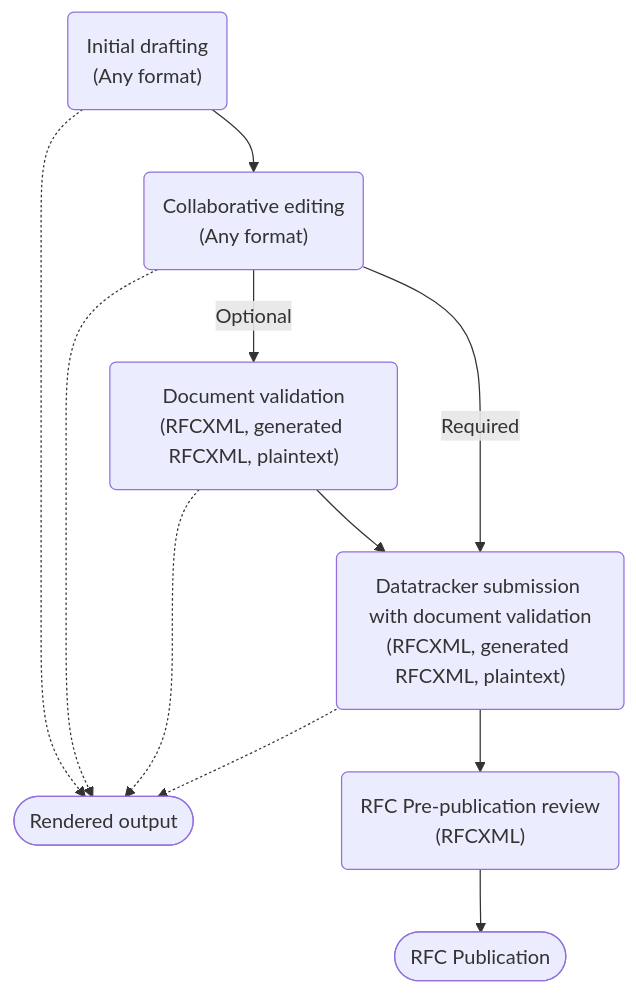
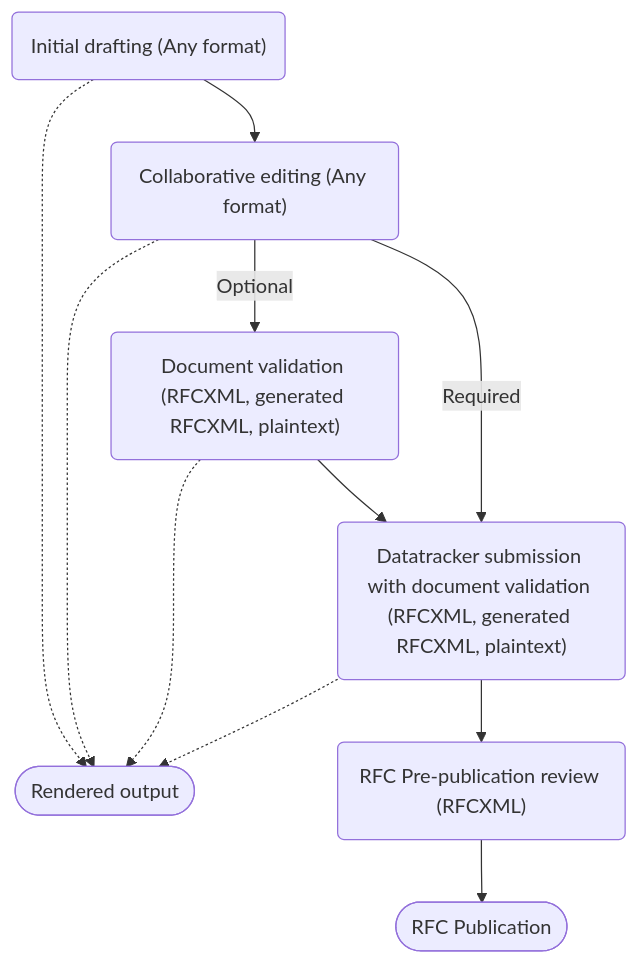
One commit to ietf/authors.ietf.org changed the diagram in choosing-a-format-and-tools.md. Above: the diagram before and after it, drawn with Mermaid. The commit also changed other lines of this file, not shown here.

Commit message:
docs: update choosing-a-format-and-tools

````diff
--- a/choosing-a-format-and-tools.md
+++ b/choosing-a-format-and-tools.md
@@ -26,13 +26,13 @@
 ```mermaid
 graph TD  
-  A("Initial drafting<br/>(Any format)") --> B("Collaborative editing<br/>(Any format)")
+  A("Initial drafting (Any format)") --> B("Collaborative editing (Any format)")
   A -.-> D
   B -.-> D
-  B -- Optional --> C("Document validation<br/>(RFCXML, generated RFCXML, plaintext)")
+  B -- Optional --> C("Document validation (RFCXML, generated RFCXML, plaintext)")
   C -.-> D([Rendered output])
-  C --> E("Datatracker submission with document validation<br/>(RFCXML, generated RFCXML, plaintext)")
+  C --> E("Datatracker submission with document validation (RFCXML, generated RFCXML, plaintext)")
   E -.-> D
   B -- Required --> E
-  E --> F("RFC Pre-publication review<br/>(RFCXML)")
+  E --> F("RFC Pre-publication review (RFCXML)")
   F --> G([RFC Publication])
 ```
````
